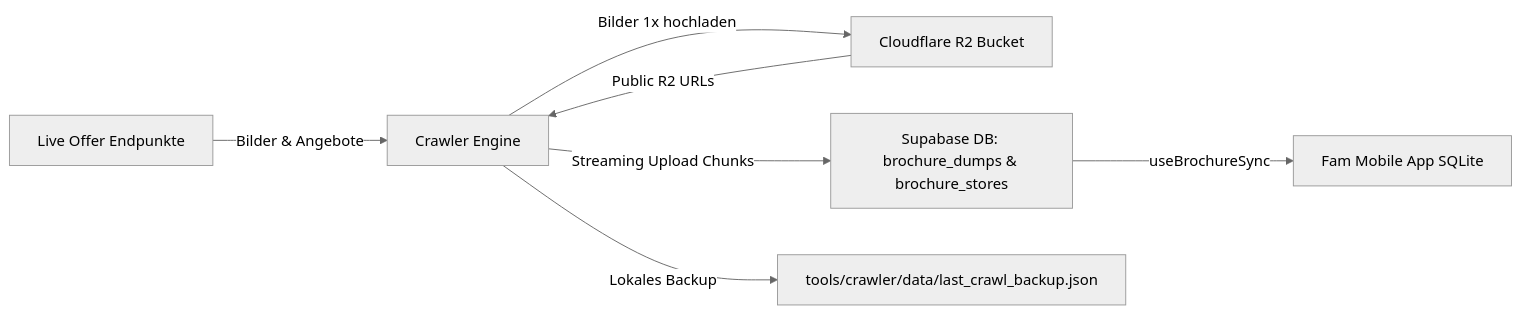
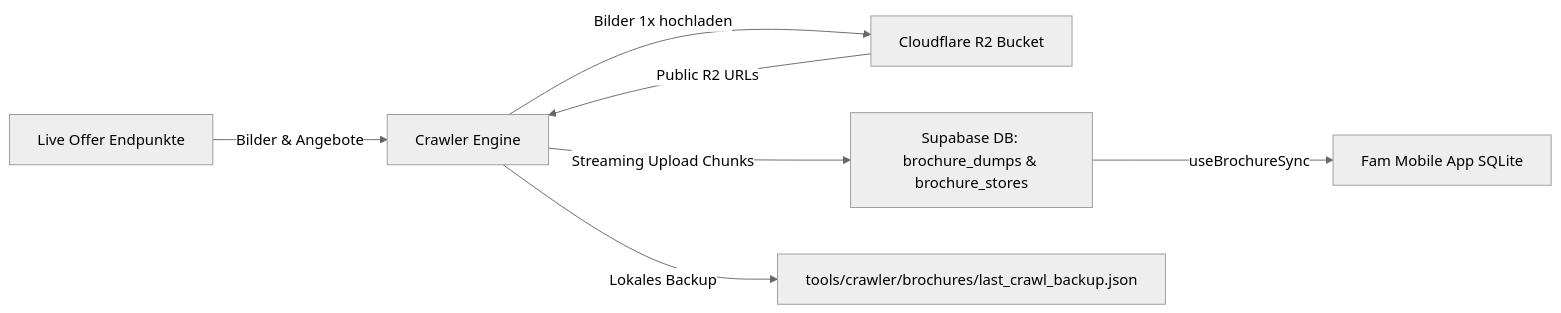
One commit to goldjunge91/fam changed the diagram in tools/crawler/brochures/README.md. Above: the diagram before and after it, drawn with Mermaid (neutral theme). The commit also changed other lines of this file and 51 other files, not shown here.

````diff
--- a/tools/crawler/brochures/README.md
+++ b/tools/crawler/brochures/README.md
@@ -9,9 +9,9 @@
 ```mermaid
 graph LR
     A[Live Offer Endpunkte] -->|Bilder & Angebote| B[Crawler Engine]
     B -->|Bilder 1x hochladen| C[Cloudflare R2 Bucket]
     C -->|Public R2 URLs| B
     B -->|Streaming Upload Chunks| D[Supabase DB: brochure_dumps & brochure_stores]
-    B -->|Lokales Backup| E[tools/crawler/data/last_crawl_backup.json]
+    B -->|Lokales Backup| E[tools/crawler/brochures/last_crawl_backup.json]
     D -->|useBrochureSync| F[Fam Mobile App SQLite]
 ```
````
